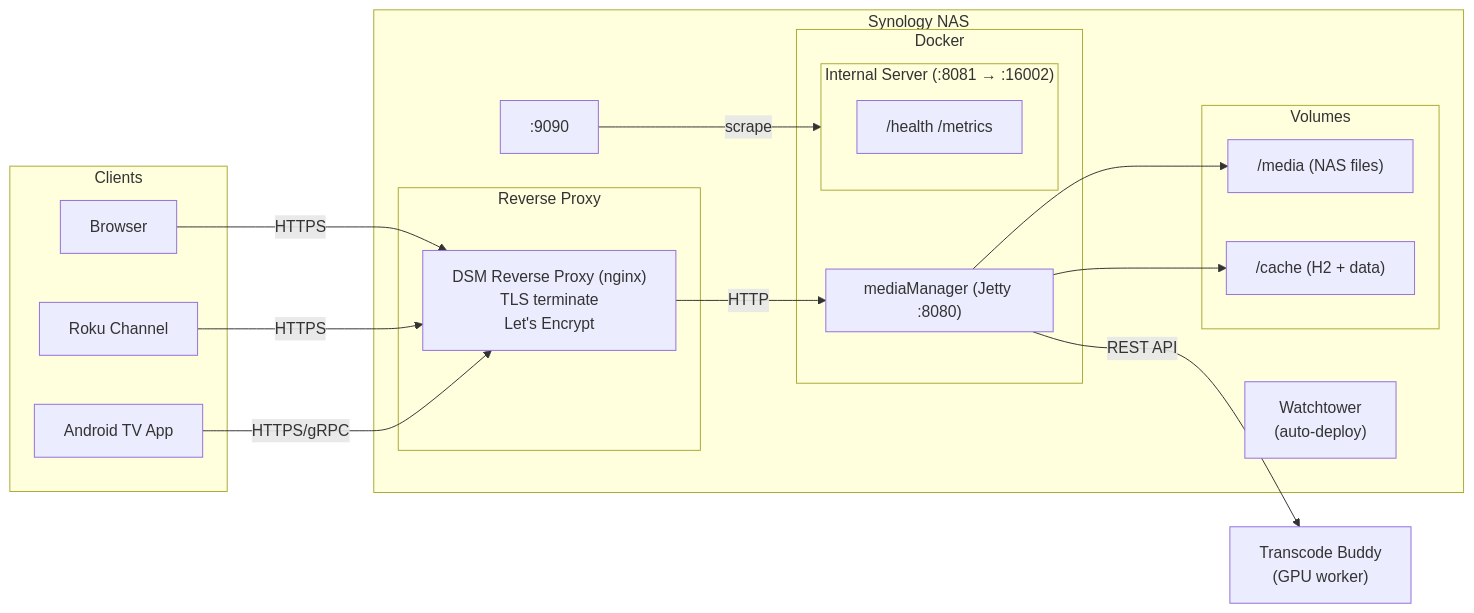
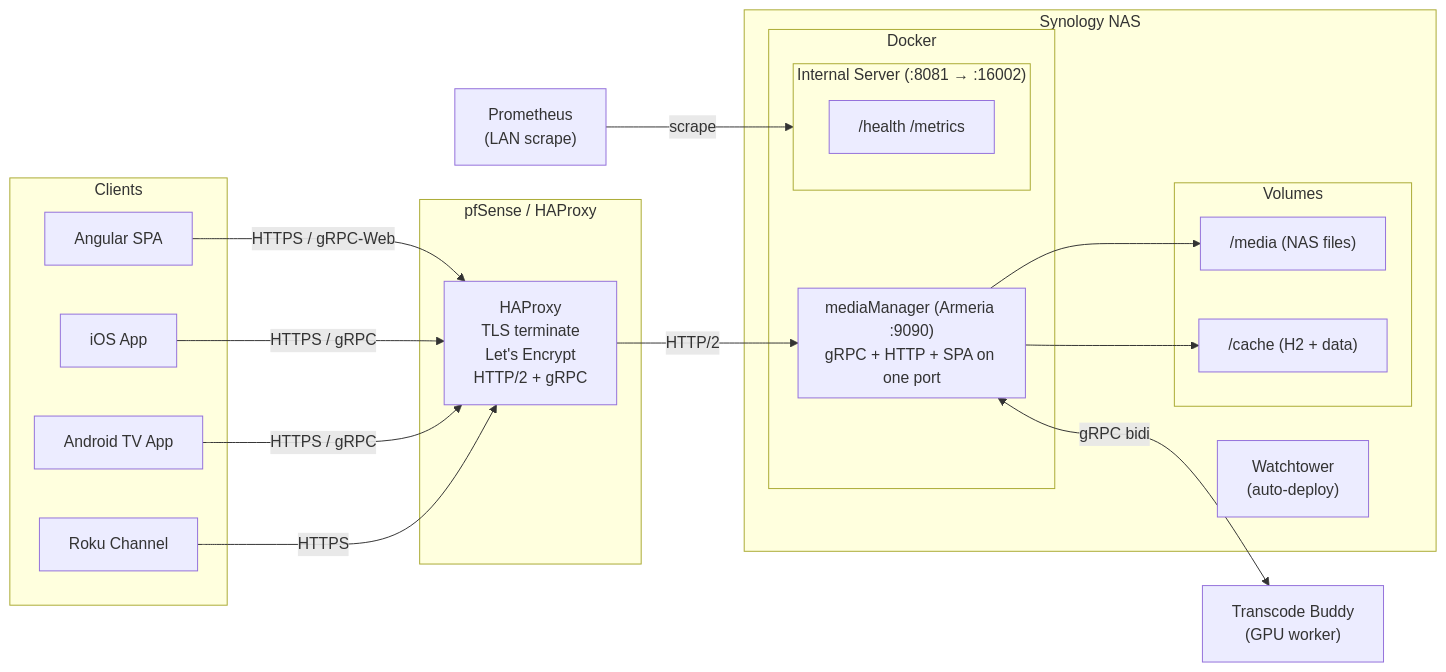
The diagram in docs/index.md (jeffbstewart/MediaManager), drawn with Mermaid before and after one commit. The commit also changed other lines of this file and 11 other files, not shown here.

First line of the commit message:
Docs sweep: port 9090, Armeria, gRPC bidi buddy, current features

````diff
--- a/docs/index.md
+++ b/docs/index.md
@@ -68,42 +72,44 @@
 ```mermaid
 graph LR
     subgraph Clients
-        Browser
+        Browser[Angular SPA]
+        iOS[iOS App]
         Roku[Roku Channel]
         AndroidTV[Android TV App]
     end
 
+    subgraph Routing["pfSense / HAProxy"]
+        haproxy["HAProxy<br/>TLS terminate<br/>Let's Encrypt<br/>HTTP/2 + gRPC"]
+    end
+
     subgraph NAS["Synology NAS"]
-        subgraph Proxy["Reverse Proxy"]
-            nginx["DSM Reverse Proxy (nginx)<br/>TLS terminate<br/>Let's Encrypt"]
-        end
-
         subgraph Docker
-            subgraph App["mediaManager (Jetty :8080)"]
+            subgraph App["mediaManager (Armeria :9090)<br/>gRPC + HTTP + SPA on one port"]
                 direction TB
             end
             subgraph Internal["Internal Server (:8081 → :16002)"]
                 health["/health /metrics"]
             end
         end
 
         Watchtower["Watchtower<br/>(auto-deploy)"]
-        Prometheus[":9090"]
 
         subgraph Volumes
             media["/media (NAS files)"]
             cache["/cache (H2 + data)"]
         end
     end
 
+    Prometheus["Prometheus<br/>(LAN scrape)"]
     Buddy["Transcode Buddy<br/>(GPU worker)"]
 
-    Browser -- HTTPS --> nginx
-    Roku -- HTTPS --> nginx
-    AndroidTV -- HTTPS/gRPC --> nginx
-    nginx -- HTTP --> App
+    Browser -- HTTPS / gRPC-Web --> haproxy
+    iOS -- HTTPS / gRPC --> haproxy
+    AndroidTV -- HTTPS / gRPC --> haproxy
+    Roku -- HTTPS --> haproxy
+    haproxy -- HTTP/2 --> App
     App --> media
     App --> cache
     Prometheus -- scrape --> Internal
-    App -- REST API --> Buddy
+    App <-- gRPC bidi --> Buddy
 ```
````
